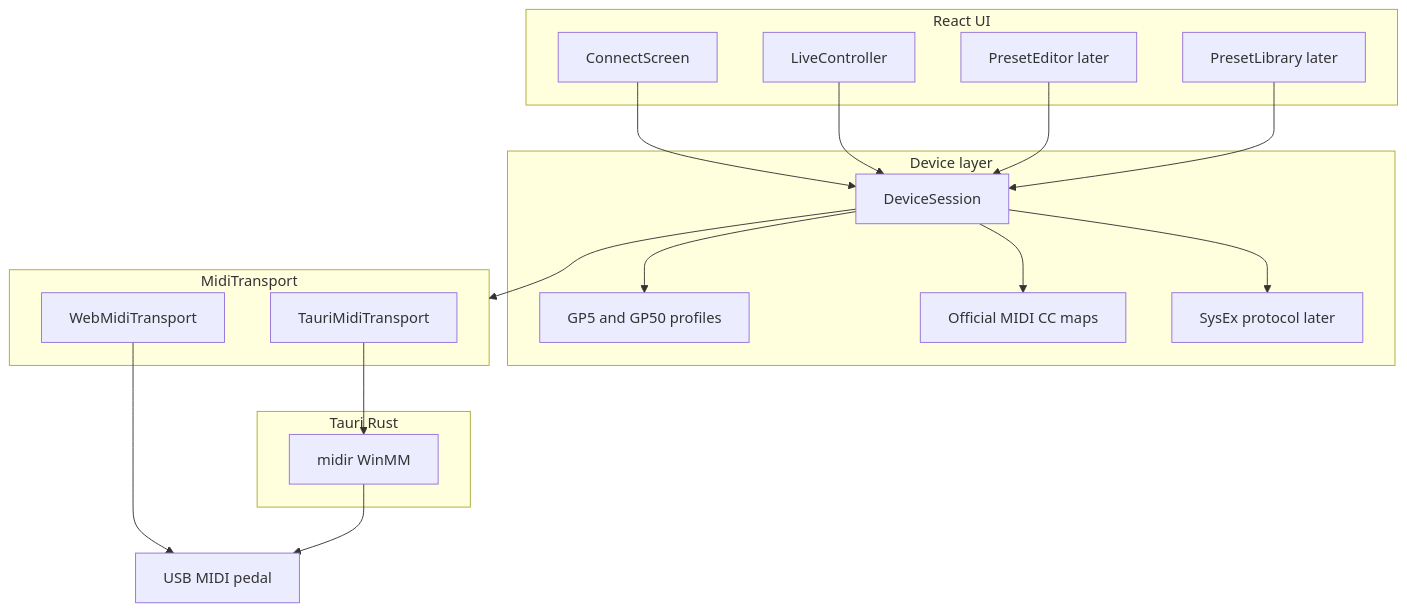
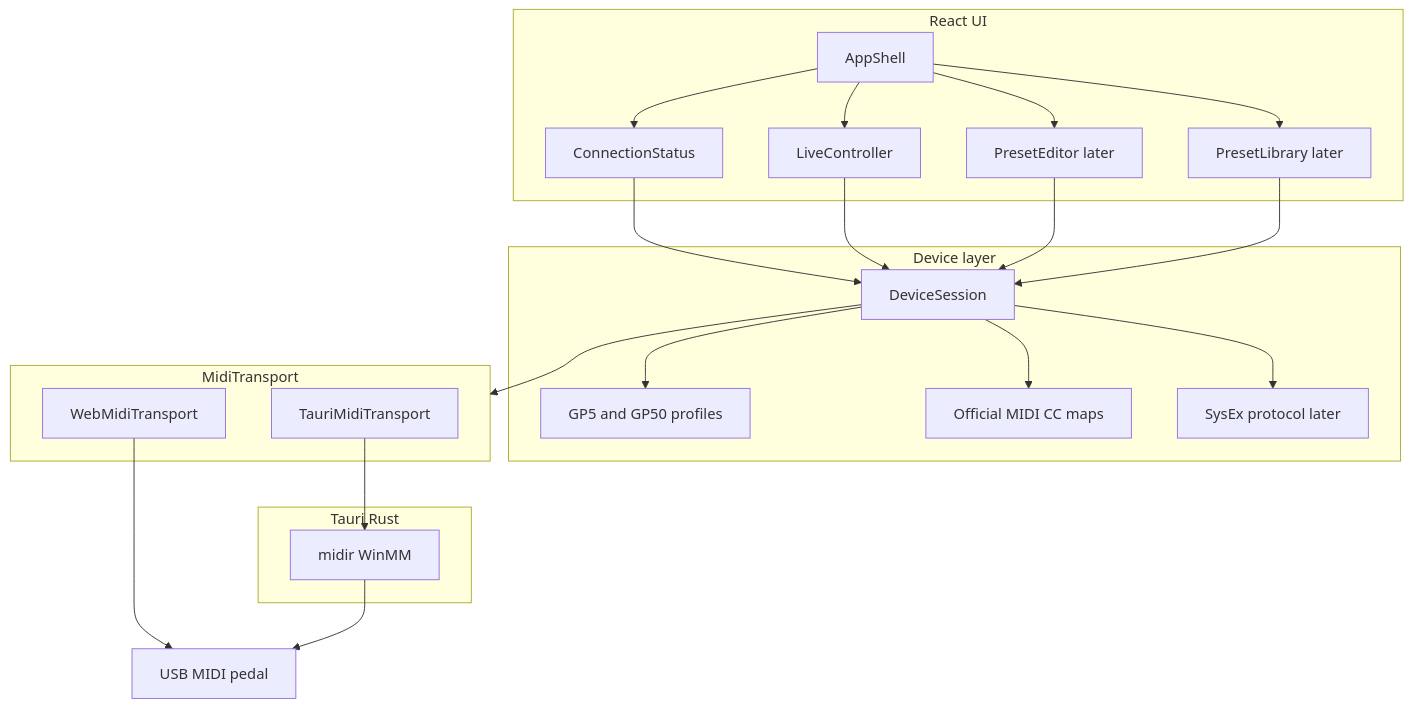
Before and after one commit to patocorrenti/gpstudio: the diagram in docs/architecture.md, drawn with Mermaid. The commit also changed other lines of this file and 7 other files, not shown here.

Commit message:
feat: connection status and modal

````diff
--- a/docs/architecture.md
+++ b/docs/architecture.md
@@ -22,37 +22,42 @@
 ```mermaid
 flowchart TB
   subgraph ui [React UI]
-    Connect[ConnectScreen]
+    Shell[AppShell]
+    ConnectStatus[ConnectionStatus]
     Controller[LiveController]
     Editor[PresetEditor later]
     Library[PresetLibrary later]
   end
 
   subgraph domain [Device layer]
     Session[DeviceSession]
     Profiles[GP5 and GP50 profiles]
     CcMap[Official MIDI CC maps]
     Sysex[SysEx protocol later]
   end
 
   subgraph transport [MidiTransport]
     WebMidi[WebMidiTransport]
     TauriMidi[TauriMidiTransport]
   end
 
   subgraph native [Tauri Rust]
     Midir[midir WinMM]
   end
 
-  Connect --> Session
+  Shell --> ConnectStatus
+  Shell --> Controller
+  Shell --> Editor
+  Shell --> Library
+  ConnectStatus --> Session
   Controller --> Session
   Editor --> Session
   Library --> Session
   Session --> Profiles
   Session --> CcMap
   Session --> Sysex
   Session --> transport
   WebMidi --> Pedal[USB MIDI pedal]
   TauriMidi --> Midir
   Midir --> Pedal
 ```
````
